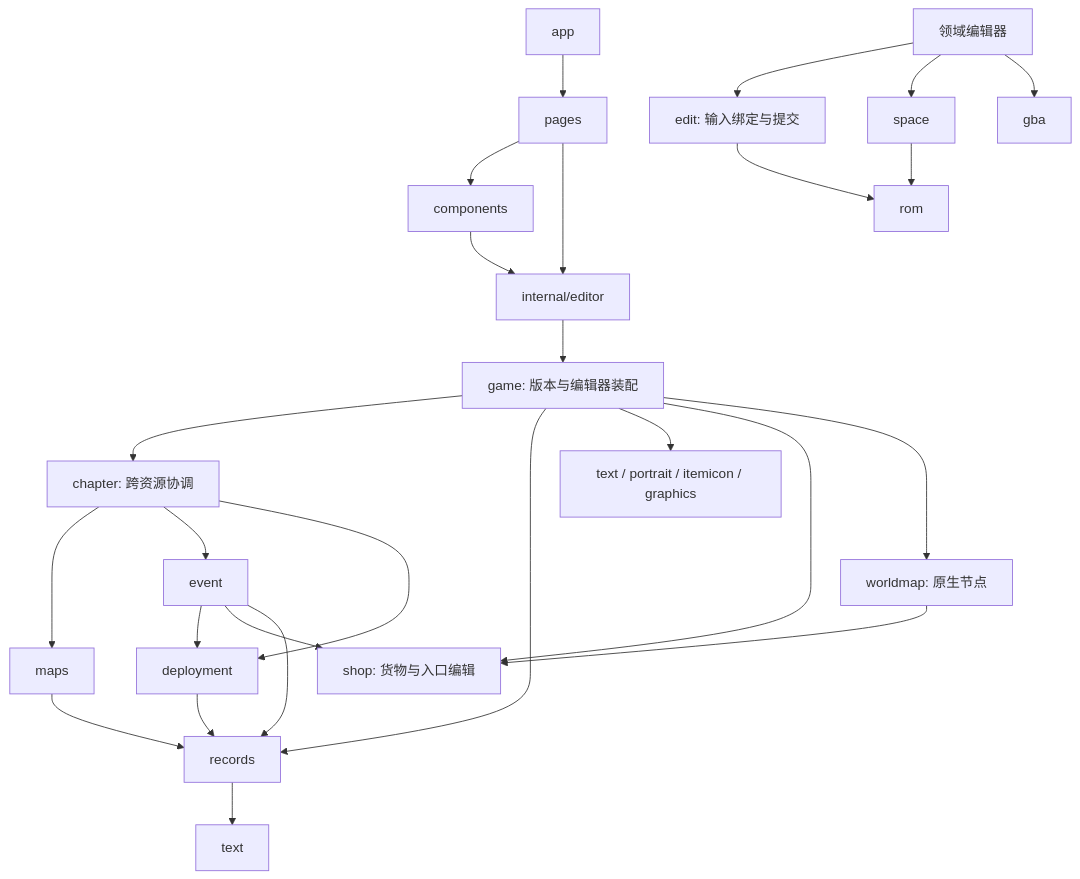
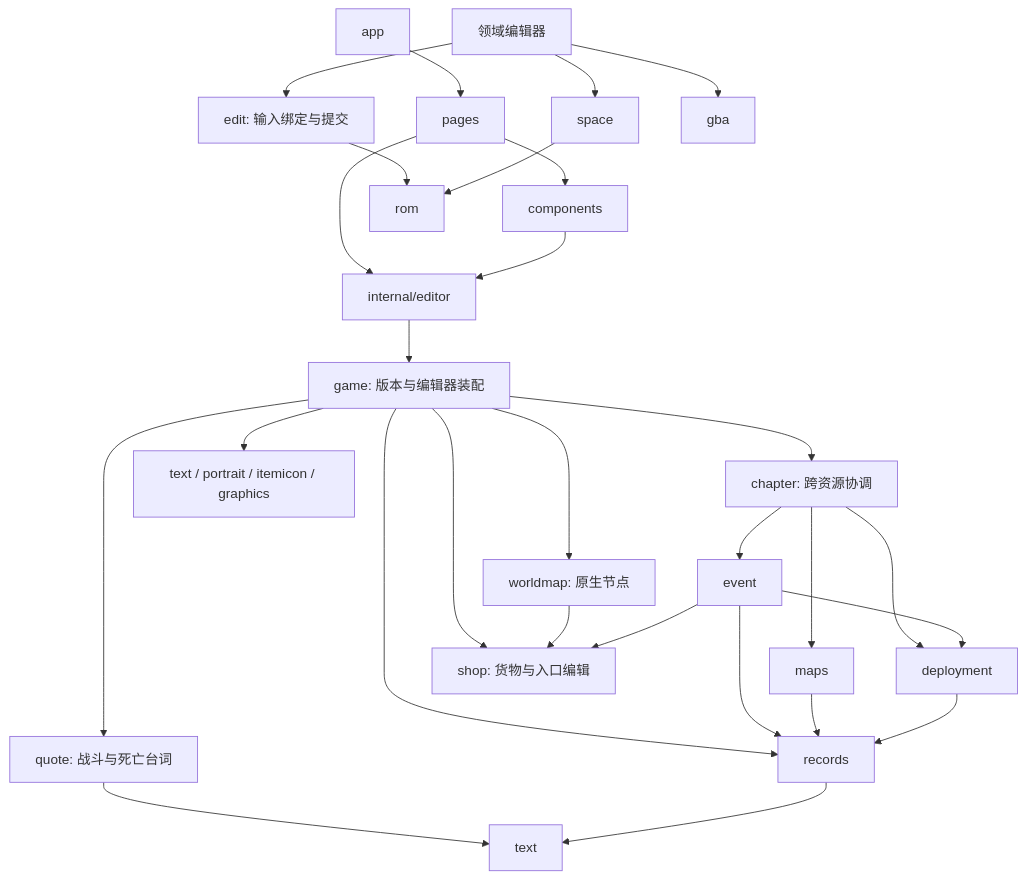
The first of 2 diagrams in docs/architecture.md (woxQAQ/febuildergba-mygo), drawn with Mermaid before and after one commit. The commit also changed other lines of this file and 40 other files, not shown here.

````diff
--- a/docs/architecture.md
+++ b/docs/architecture.md
@@ -55,28 +56,30 @@
 ```mermaid
 flowchart TD
     App[app] --> Pages[pages]
     Pages --> Components[components]
     Pages --> State[internal/editor]
     Components --> State
     State --> Game[game: 版本与编辑器装配]
     Game --> Chapter[chapter: 跨资源协调]
     Game --> Records[records]
     Game --> Media[text / portrait / itemicon / graphics]
     Chapter --> Maps[maps]
     Chapter --> Event[event]
     Chapter --> Deployment[deployment]
     Event --> Deployment
+    Game --> Quote[quote: 战斗与死亡台词]
+    Quote --> Text
     Game --> Shop[shop: 货物与入口编辑]
     Game --> Worldmap[worldmap: 原生节点]
     Worldmap --> Shop
     Event --> Shop
     Event --> Records
     Maps --> Records
     Deployment --> Records
     Records --> Text[text]
     Domain[领域编辑器] --> Edit[edit: 输入绑定与提交]
     Edit --> ROM[rom]
     Domain --> Space[space]
     Domain --> GBA[gba]
     Space --> ROM
 ```
````
